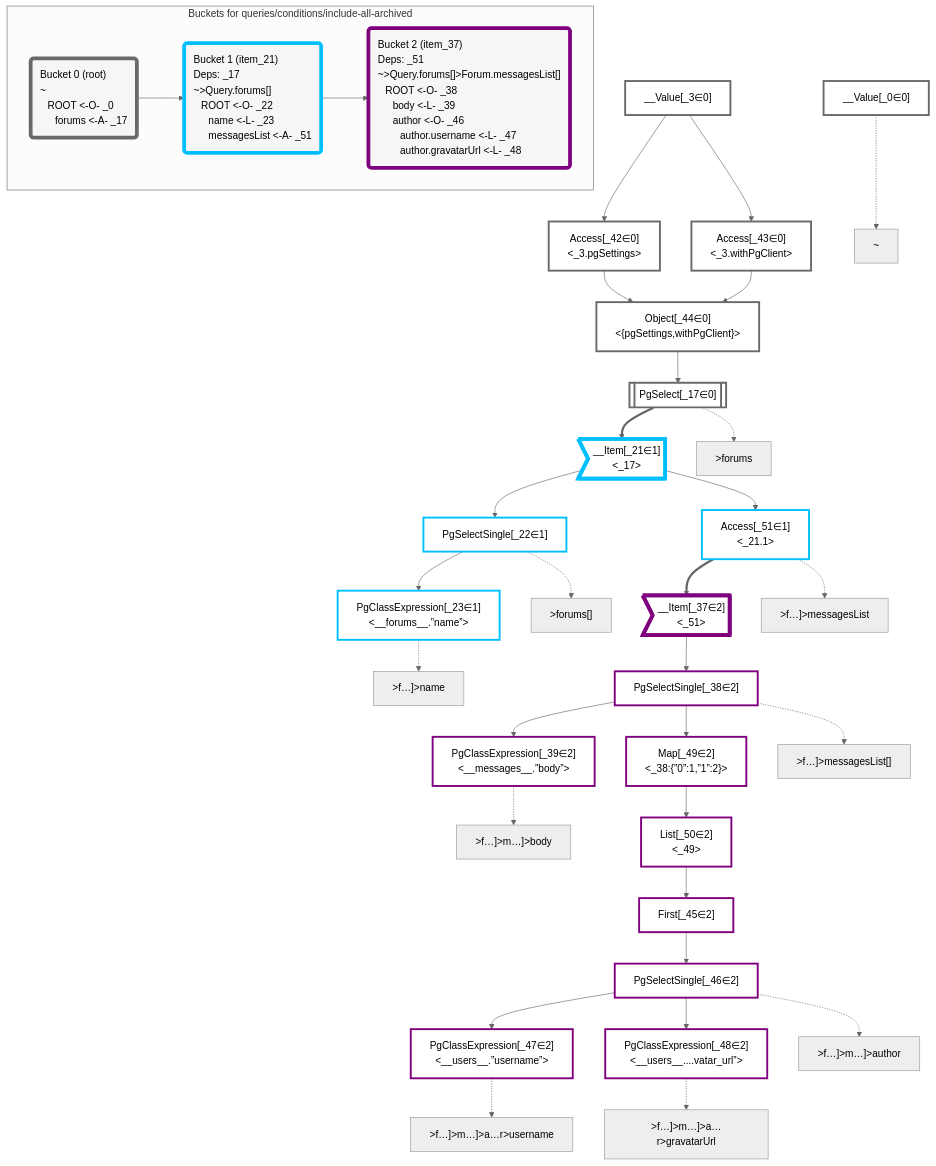
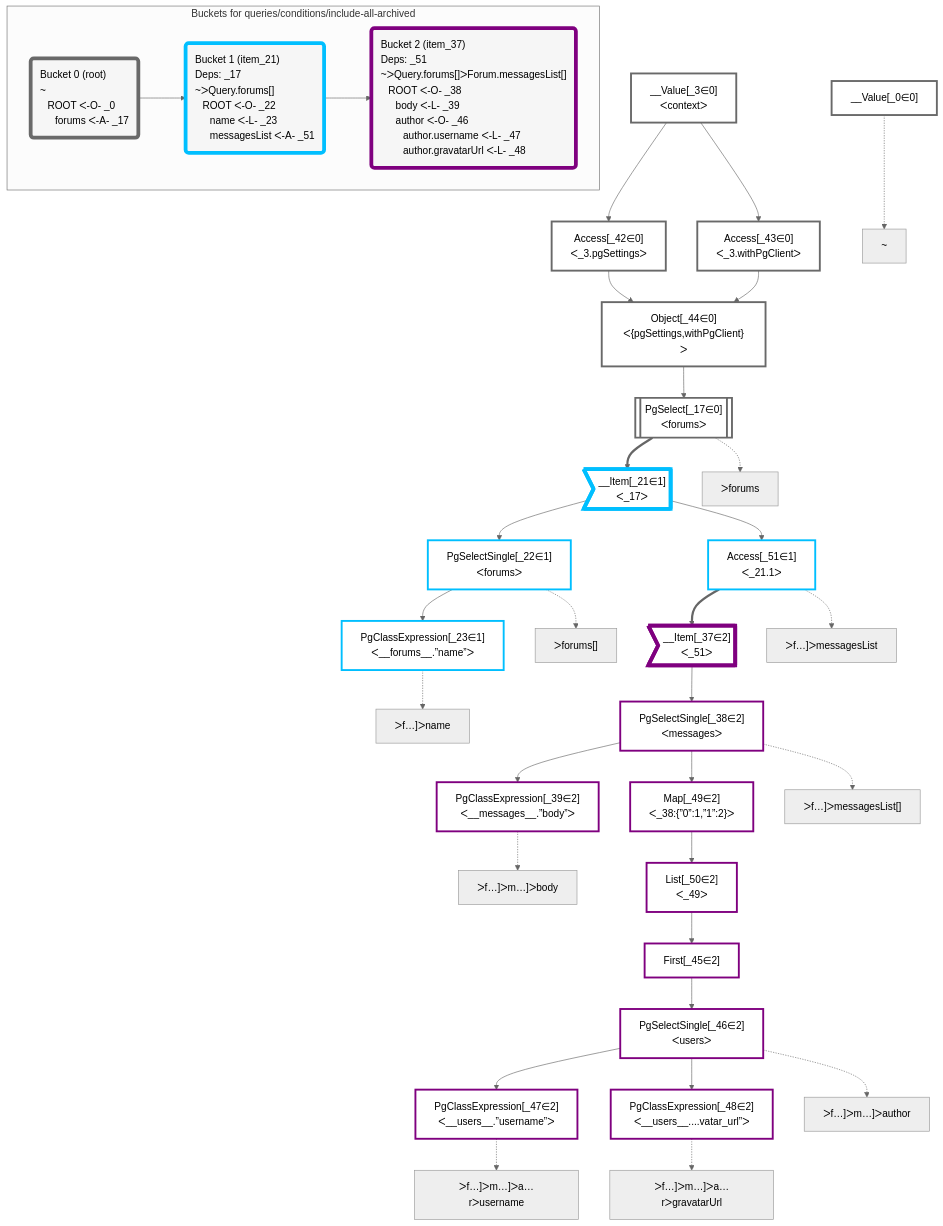
Before and after one commit to graphile/crystal: the diagram in packages/dataplan-pg/__tests__/queries/conditions/include-all-archived.mermaid.md, drawn with Mermaid (neutral theme). The commit also changed 195 other files, not shown here.

```diff
--- a/packages/dataplan-pg/__tests__/queries/conditions/include-all-archived.mermaid.md
+++ b/packages/dataplan-pg/__tests__/queries/conditions/include-all-archived.mermaid.md
@@ -9,24 +9,24 @@
 
     %% define plans
     __Value_0["__Value[_0∈0]"]:::plan
-    __Value_3["__Value[_3∈0]<br /><context>"]:::plan
-    PgSelect_17[["PgSelect[_17∈0]<br /><forums>"]]:::plan
-    __Item_21>"__Item[_21∈1]<br /><_17>"]:::itemplan
-    PgSelectSingle_22["PgSelectSingle[_22∈1]<br /><forums>"]:::plan
-    PgClassExpression_23["PgClassExpression[_23∈1]<br /><__forums__.”name”>"]:::plan
-    __Item_37>"__Item[_37∈2]<br /><_51>"]:::itemplan
-    PgSelectSingle_38["PgSelectSingle[_38∈2]<br /><messages>"]:::plan
-    PgClassExpression_39["PgClassExpression[_39∈2]<br /><__messages__.”body”>"]:::plan
-    Access_42["Access[_42∈0]<br /><_3.pgSettings>"]:::plan
-    Access_43["Access[_43∈0]<br /><_3.withPgClient>"]:::plan
-    Object_44["Object[_44∈0]<br /><{pgSettings,withPgClient}>"]:::plan
+    __Value_3["__Value[_3∈0]<br />ᐸcontextᐳ"]:::plan
+    PgSelect_17[["PgSelect[_17∈0]<br />ᐸforumsᐳ"]]:::plan
+    __Item_21>"__Item[_21∈1]<br />ᐸ_17ᐳ"]:::itemplan
+    PgSelectSingle_22["PgSelectSingle[_22∈1]<br />ᐸforumsᐳ"]:::plan
+    PgClassExpression_23["PgClassExpression[_23∈1]<br />ᐸ__forums__.”name”ᐳ"]:::plan
+    __Item_37>"__Item[_37∈2]<br />ᐸ_51ᐳ"]:::itemplan
+    PgSelectSingle_38["PgSelectSingle[_38∈2]<br />ᐸmessagesᐳ"]:::plan
+    PgClassExpression_39["PgClassExpression[_39∈2]<br />ᐸ__messages__.”body”ᐳ"]:::plan
+    Access_42["Access[_42∈0]<br />ᐸ_3.pgSettingsᐳ"]:::plan
+    Access_43["Access[_43∈0]<br />ᐸ_3.withPgClientᐳ"]:::plan
+    Object_44["Object[_44∈0]<br />ᐸ{pgSettings,withPgClient}ᐳ"]:::plan
     First_45["First[_45∈2]"]:::plan
-    PgSelectSingle_46["PgSelectSingle[_46∈2]<br /><users>"]:::plan
-    PgClassExpression_47["PgClassExpression[_47∈2]<br /><__users__.”username”>"]:::plan
-    PgClassExpression_48["PgClassExpression[_48∈2]<br /><__users__....vatar_url”>"]:::plan
-    Map_49["Map[_49∈2]<br /><_38:{”0”:1,”1”:2}>"]:::plan
-    List_50["List[_50∈2]<br /><_49>"]:::plan
-    Access_51["Access[_51∈1]<br /><_21.1>"]:::plan
+    PgSelectSingle_46["PgSelectSingle[_46∈2]<br />ᐸusersᐳ"]:::plan
+    PgClassExpression_47["PgClassExpression[_47∈2]<br />ᐸ__users__.”username”ᐳ"]:::plan
+    PgClassExpression_48["PgClassExpression[_48∈2]<br />ᐸ__users__....vatar_url”ᐳ"]:::plan
+    Map_49["Map[_49∈2]<br />ᐸ_38:{”0”:1,”1”:2}ᐳ"]:::plan
+    List_50["List[_50∈2]<br />ᐸ_49ᐳ"]:::plan
+    Access_51["Access[_51∈1]<br />ᐸ_21.1ᐳ"]:::plan
 
     %% plan dependencies
     Object_44 --> PgSelect_17
@@ -51,23 +51,23 @@
     %% plan-to-path relationships
     P_0["~"]
     __Value_0 -.-> P_0
-    P_17[">forums"]
+    P_17["ᐳforums"]
     PgSelect_17 -.-> P_17
-    P_22[">forums[]"]
+    P_22["ᐳforums[]"]
     PgSelectSingle_22 -.-> P_22
-    P_23[">f…]>name"]
+    P_23["ᐳf…]ᐳname"]
     PgClassExpression_23 -.-> P_23
-    P_38[">f…]>messagesList[]"]
+    P_38["ᐳf…]ᐳmessagesList[]"]
     PgSelectSingle_38 -.-> P_38
-    P_39[">f…]>m…]>body"]
+    P_39["ᐳf…]ᐳm…]ᐳbody"]
     PgClassExpression_39 -.-> P_39
-    P_46[">f…]>m…]>author"]
+    P_46["ᐳf…]ᐳm…]ᐳauthor"]
     PgSelectSingle_46 -.-> P_46
-    P_47[">f…]>m…]>a…r>username"]
+    P_47["ᐳf…]ᐳm…]ᐳa…rᐳusername"]
     PgClassExpression_47 -.-> P_47
-    P_48[">f…]>m…]>a…r>gravatarUrl"]
+    P_48["ᐳf…]ᐳm…]ᐳa…rᐳgravatarUrl"]
     PgClassExpression_48 -.-> P_48
-    P_51[">f…]>messagesList"]
+    P_51["ᐳf…]ᐳmessagesList"]
     Access_51 -.-> P_51
 
     %% allocate buckets
@@ -79,12 +79,12 @@
     class __Item_37,PgSelectSingle_38,PgClassExpression_39,First_45,PgSelectSingle_46,PgClassExpression_47,PgClassExpression_48,Map_49,List_50 bucket2
 
     subgraph "Buckets for queries/conditions/include-all-archived"
-    Bucket0("Bucket 0 (root)<br />~<br />⠀ROOT <-O- _0<br />⠀⠀forums <-A- _17"):::bucket
+    Bucket0("Bucket 0 (root)<br />~<br />⠀ROOT ᐸ-O- _0<br />⠀⠀forums ᐸ-A- _17"):::bucket
     style Bucket0 stroke:#696969
-    Bucket1("Bucket 1 (item_21)<br />Deps: _17<br />~>Query.forums[]<br />⠀ROOT <-O- _22<br />⠀⠀name <-L- _23<br />⠀⠀messagesList <-A- _51"):::bucket
+    Bucket1("Bucket 1 (item_21)<br />Deps: _17<br />~ᐳQuery.forums[]<br />⠀ROOT ᐸ-O- _22<br />⠀⠀name ᐸ-L- _23<br />⠀⠀messagesList ᐸ-A- _51"):::bucket
     style Bucket1 stroke:#00bfff
     Bucket0 --> Bucket1
-    Bucket2("Bucket 2 (item_37)<br />Deps: _51<br />~>Query.forums[]>Forum.messagesList[]<br />⠀ROOT <-O- _38<br />⠀⠀body <-L- _39<br />⠀⠀author <-O- _46<br />⠀⠀⠀author.username <-L- _47<br />⠀⠀⠀author.gravatarUrl <-L- _48"):::bucket
+    Bucket2("Bucket 2 (item_37)<br />Deps: _51<br />~ᐳQuery.forums[]ᐳForum.messagesList[]<br />⠀ROOT ᐸ-O- _38<br />⠀⠀body ᐸ-L- _39<br />⠀⠀author ᐸ-O- _46<br />⠀⠀⠀author.username ᐸ-L- _47<br />⠀⠀⠀author.gravatarUrl ᐸ-L- _48"):::bucket
     style Bucket2 stroke:#7f007f
     Bucket1 --> Bucket2
     end
```
